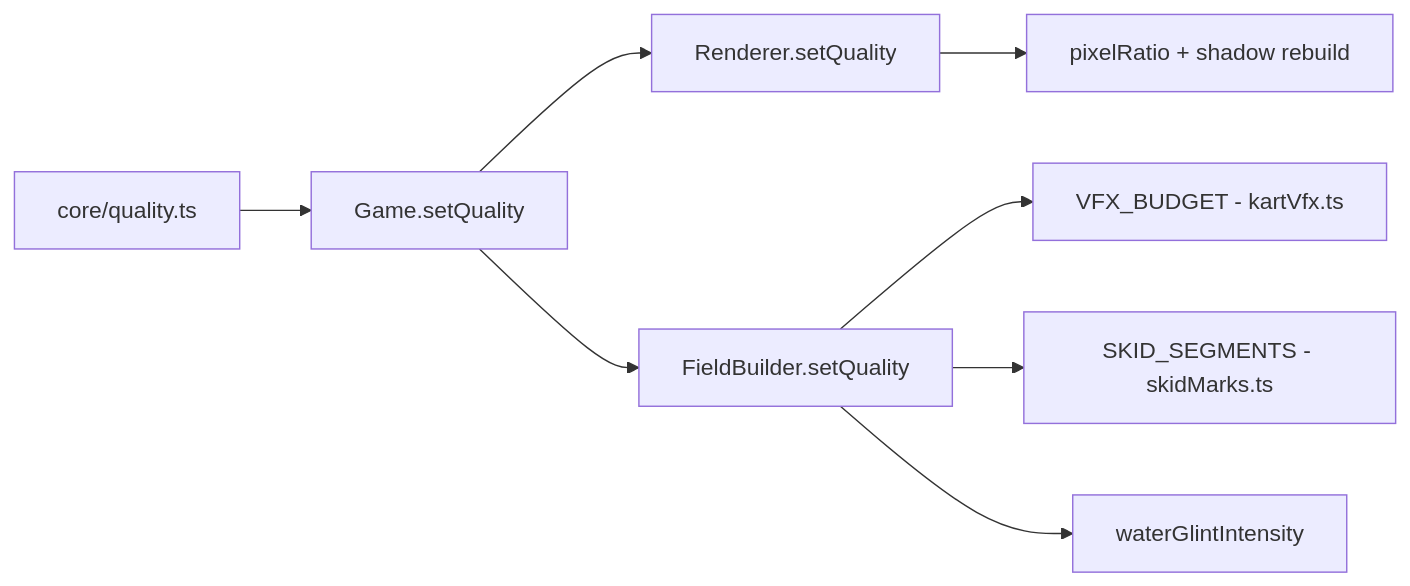
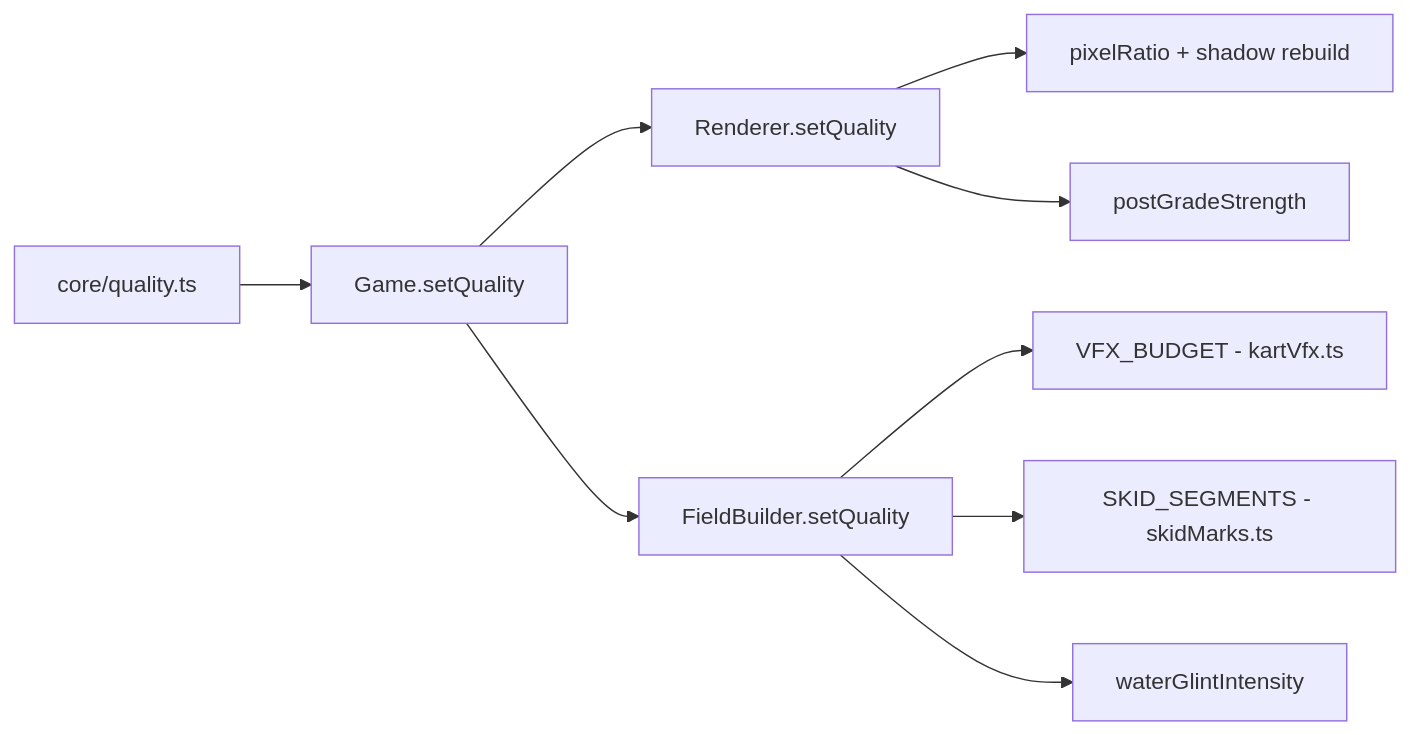
The diagram in docs/knowledge/data-flows/quality-propagation.md (jjgroenendijk/cart-game), drawn with Mermaid before and after one commit. The commit also changed other lines of this file and 4 other files, not shown here.

````diff
--- a/docs/knowledge/data-flows/quality-propagation.md
+++ b/docs/knowledge/data-flows/quality-propagation.md
@@ -16,10 +16,11 @@
 ```mermaid
 flowchart LR
   quality[core/quality.ts] --> game[Game.setQuality]
   game --> renderer[Renderer.setQuality]
   game --> field[FieldBuilder.setQuality]
   renderer --> pixelRatio[pixelRatio + shadow rebuild]
+  renderer --> postGrade[postGradeStrength]
   field --> vfx[VFX_BUDGET - kartVfx.ts]
   field --> skid[SKID_SEGMENTS - skidMarks.ts]
   field --> water[waterGlintIntensity]
 ```
````
